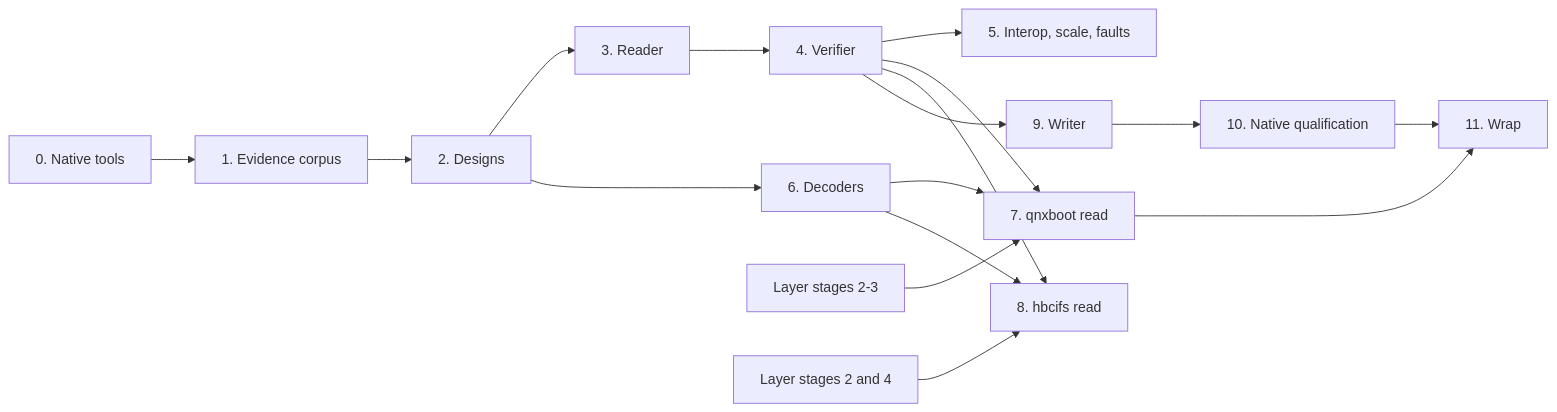
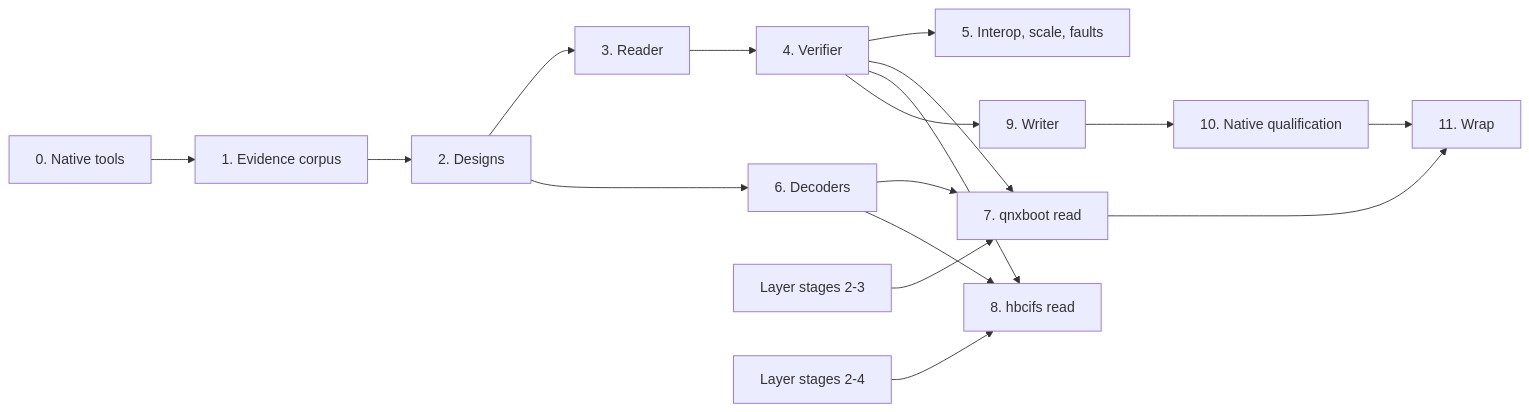
One commit to stass/fsimg changed the diagram in docs/ifs-plan.md. Above: the diagram before and after it, drawn with Mermaid. The commit also changed other lines of this file and 2 other files, not shown here.

````diff
--- a/docs/ifs-plan.md
+++ b/docs/ifs-plan.md
@@ -884,19 +888,19 @@
 ```mermaid
 flowchart LR
     S0[0. Native tools] --> S1[1. Evidence corpus]
     S1 --> S2[2. Designs]
     S2 --> S3[3. Reader]
     S3 --> S4[4. Verifier]
     S4 --> S5[5. Interop, scale, faults]
     S2 --> S6[6. Decoders]
     S4 --> S7[7. qnxboot read]
     S6 --> S7
     L23[Layer stages 2-3] --> S7
     S4 --> S8[8. hbcifs read]
     S6 --> S8
-    L24[Layer stages 2 and 4] --> S8
+    L24[Layer stages 2-4] --> S8
     S4 --> S9[9. Writer]
     S9 --> S10[10. Native qualification]
     S7 --> S11[11. Wrap]
     S10 --> S11
 ```
````
